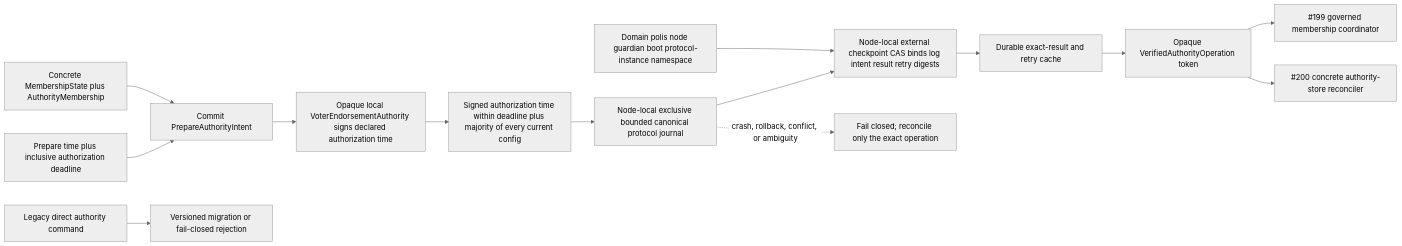
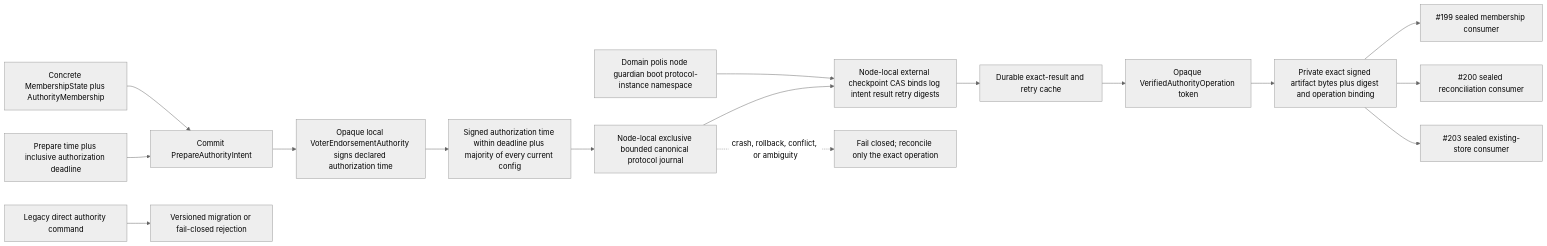
One commit to agent-logic/agent-design-language changed the diagram in .csdlc/prepared/issues/201/diagram.mmd. Above: the diagram before and after it, drawn with Mermaid (neutral theme). The commit also changed 14 other files, not shown here.

Commit message:
plan(distributed): retain exact authority artifacts

```diff
--- a/.csdlc/prepared/issues/201/diagram.mmd
+++ b/.csdlc/prepared/issues/201/diagram.mmd
@@ -1,14 +1,16 @@
 flowchart LR
   A["Concrete MembershipState plus AuthorityMembership"] --> P["Commit PrepareAuthorityIntent"]
   C["Prepare time plus inclusive authorization deadline"] --> P
   P --> E["Opaque local VoterEndorsementAuthority signs declared authorization time"]
   E --> F["Signed authorization time within deadline plus majority of every current config"]
   F --> J["Node-local exclusive bounded canonical protocol journal"]
   N["Domain polis node guardian boot protocol-instance namespace"] --> X
   J --> X["Node-local external checkpoint CAS binds log intent result retry digests"]
   X --> R["Durable exact-result and retry cache"]
   R --> T["Opaque VerifiedAuthorityOperation token"]
-  T --> M["#199 governed membership coordinator"]
-  T --> S["#200 concrete authority-store reconciler"]
+  T --> B["Private exact signed artifact bytes plus digest and operation binding"]
+  B --> M["#199 sealed membership consumer"]
+  B --> Q["#200 sealed reconciliation consumer"]
+  B --> S["#203 sealed existing-store consumer"]
   L["Legacy direct authority command"] --> D["Versioned migration or fail-closed rejection"]
   J -. "crash, rollback, conflict, or ambiguity" .-> Z["Fail closed; reconcile only the exact operation"]
```
